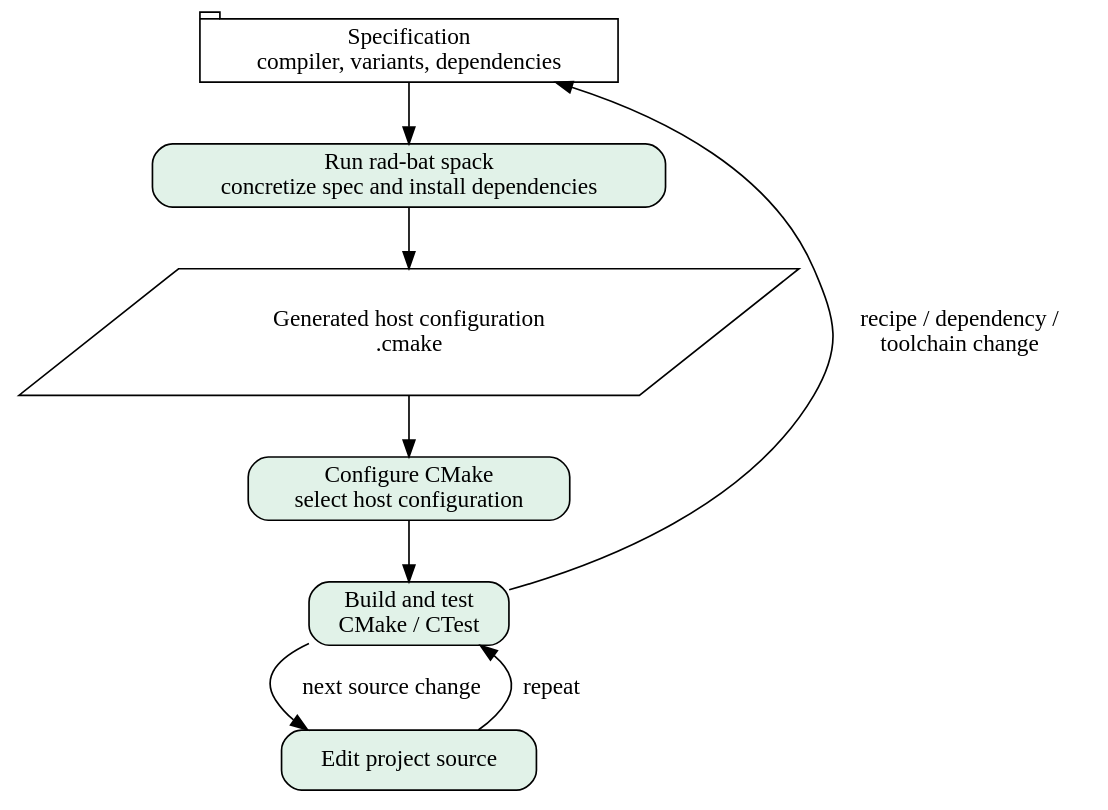
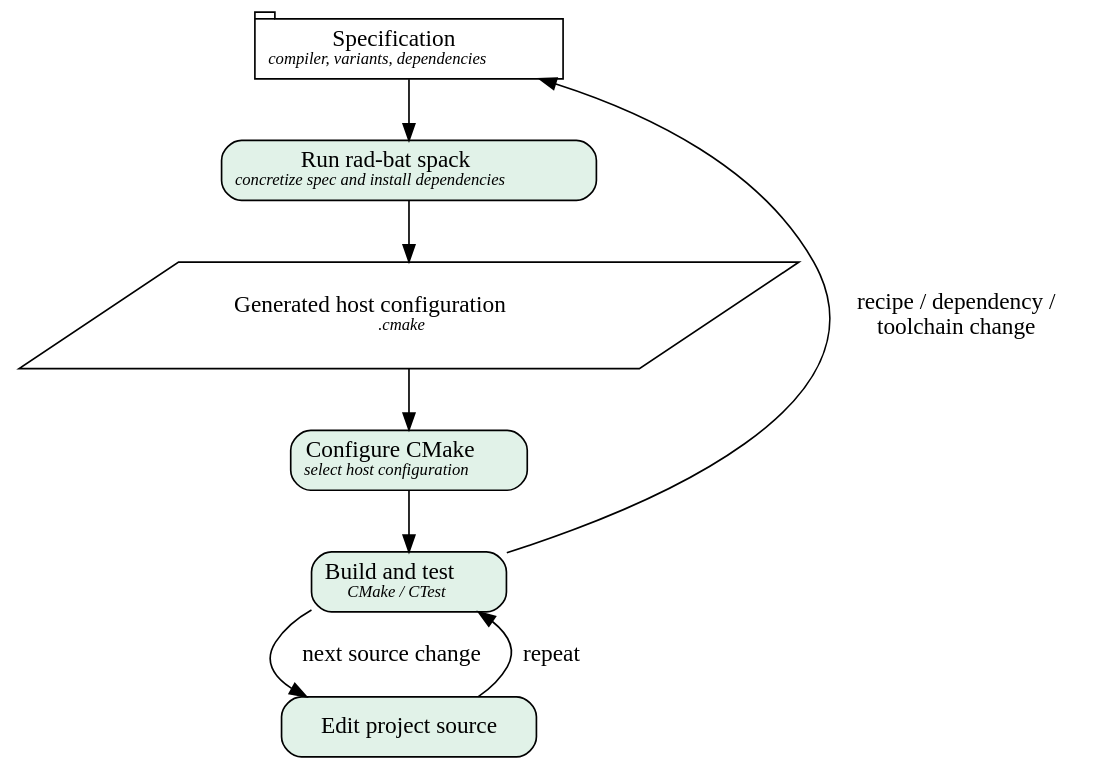
Before and after one commit to llnl/radiuss-spack-configs: the diagram in docs/sphinx/figures/developer-loop.dot, drawn with Graphviz. The commit also changed 6 other files, not shown here.

Commit message:
docs: distinguish diagram descriptions

```diff
--- a/docs/sphinx/figures/developer-loop.dot
+++ b/docs/sphinx/figures/developer-loop.dot
@@ -1,14 +1,14 @@
 // SPDX-License-Identifier: MIT
 digraph developer_loop {
   rankdir=TB;
-  spec [label="Specification\ncompiler, variants, dependencies", shape=tab, fillcolor="#eee8f5"];
-  prepare [label="Run rad-bat spack\nconcretize spec and install dependencies", shape=box, style="rounded,filled", fillcolor="#e1f2e8"];
-  host [label="Generated host configuration\n.cmake", shape=parallelogram, fillcolor="#dcf2f4"];
-  configure [label="Configure CMake\nselect host configuration", shape=box, style="rounded,filled", fillcolor="#e1f2e8"];
-  build [label="Build and test\nCMake / CTest", shape=box, style="rounded,filled", fillcolor="#e1f2e8"];
+  spec [label=<Specification<BR/><FONT POINT-SIZE="10"><I>compiler, variants, dependencies</I></FONT>>, shape=tab, fillcolor="#eee8f5"];
+  prepare [label=<Run rad-bat spack<BR/><FONT POINT-SIZE="10"><I>concretize spec and install dependencies</I></FONT>>, shape=box, style="rounded,filled", fillcolor="#e1f2e8"];
+  host [label=<Generated host configuration<BR/><FONT POINT-SIZE="10"><I>.cmake</I></FONT>>, shape=parallelogram, fillcolor="#dcf2f4"];
+  configure [label=<Configure CMake<BR/><FONT POINT-SIZE="10"><I>select host configuration</I></FONT>>, shape=box, style="rounded,filled", fillcolor="#e1f2e8"];
+  build [label=<Build and test<BR/><FONT POINT-SIZE="10"><I>CMake / CTest</I></FONT>>, shape=box, style="rounded,filled", fillcolor="#e1f2e8"];
   edit [label="Edit project source", shape=box, style="rounded,filled", fillcolor="#e1f2e8"];
   spec -> prepare -> host -> configure -> build;
   build -> edit [label="next source change"];
   edit -> build [label="repeat"];
   build -> spec [label="recipe / dependency /\ntoolchain change", constraint=false];
 }
```
